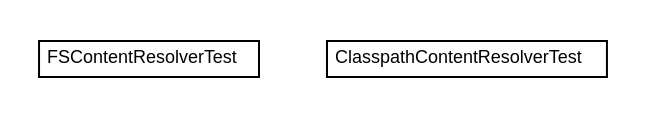
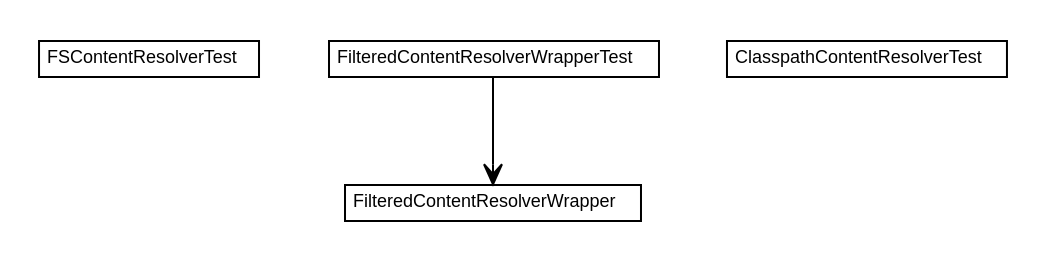
Before and after one commit to brabenetz/settings4j: the diagram in archiv/2.1-SNAPSHOT/testapidocs/org/settings4j/contentresolver/org.settings4j.contentresolver.dot, drawn with Graphviz. The commit also changed 628 other files, not shown here.

```diff
--- a/archiv/2.1-SNAPSHOT/testapidocs/org/settings4j/contentresolver/org.settings4j.contentresolver.dot
+++ b/archiv/2.1-SNAPSHOT/testapidocs/org/settings4j/contentresolver/org.settings4j.contentresolver.dot
@@ -1,24 +1,38 @@
 #!/usr/local/bin/dot
 #
 # Class diagram 
-# Generated by UMLGraph version R5_6 (http://www.umlgraph.org/)
+# Generated by UMLGraph version R5_6-24-gf6e263 (http://www.umlgraph.org/)
 #
 
 digraph G {
 	edge [fontname="arial",fontsize=10,labelfontname="arial",labelfontsize=10];
 	node [fontname="arial",fontsize=10,shape=plaintext];
 	nodesep=0.25;
 	ranksep=0.5;
 	// org.settings4j.contentresolver.FSContentResolverTest
-	c88 [label=<<table title="org.settings4j.contentresolver.FSContentResolverTest" border="0" cellborder="1" cellspacing="0" cellpadding="2" port="p" href="./FSContentResolverTest.html">
+	c114 [label=<<table title="org.settings4j.contentresolver.FSContentResolverTest" border="0" cellborder="1" cellspacing="0" cellpadding="2" port="p" href="./FSContentResolverTest.html">
 		<tr><td><table border="0" cellspacing="0" cellpadding="1">
 <tr><td align="center" balign="center"> FSContentResolverTest </td></tr>
 		</table></td></tr>
 		</table>>, URL="./FSContentResolverTest.html", fontname="arial", fontcolor="black", fontsize=9.0];
+	// org.settings4j.contentresolver.FilteredContentResolverWrapperTest
+	c115 [label=<<table title="org.settings4j.contentresolver.FilteredContentResolverWrapperTest" border="0" cellborder="1" cellspacing="0" cellpadding="2" port="p" href="./FilteredContentResolverWrapperTest.html">
+		<tr><td><table border="0" cellspacing="0" cellpadding="1">
+<tr><td align="center" balign="center"> FilteredContentResolverWrapperTest </td></tr>
+		</table></td></tr>
+		</table>>, URL="./FilteredContentResolverWrapperTest.html", fontname="arial", fontcolor="black", fontsize=9.0];
 	// org.settings4j.contentresolver.ClasspathContentResolverTest
-	c89 [label=<<table title="org.settings4j.contentresolver.ClasspathContentResolverTest" border="0" cellborder="1" cellspacing="0" cellpadding="2" port="p" href="./ClasspathContentResolverTest.html">
+	c116 [label=<<table title="org.settings4j.contentresolver.ClasspathContentResolverTest" border="0" cellborder="1" cellspacing="0" cellpadding="2" port="p" href="./ClasspathContentResolverTest.html">
 		<tr><td><table border="0" cellspacing="0" cellpadding="1">
 <tr><td align="center" balign="center"> ClasspathContentResolverTest </td></tr>
 		</table></td></tr>
 		</table>>, URL="./ClasspathContentResolverTest.html", fontname="arial", fontcolor="black", fontsize=9.0];
+	// org.settings4j.contentresolver.FilteredContentResolverWrapperTest NAVASSOC org.settings4j.contentresolver.FilteredContentResolverWrapper
+	c115:p -> c132:p [taillabel="", label="", headlabel="", fontname="arial", fontcolor="black", fontsize=10.0, color="black", arrowhead=open];
+	// org.settings4j.contentresolver.FilteredContentResolverWrapper
+	c132 [label=<<table title="org.settings4j.contentresolver.FilteredContentResolverWrapper" border="0" cellborder="1" cellspacing="0" cellpadding="2" port="p">
+		<tr><td><table border="0" cellspacing="0" cellpadding="1">
+<tr><td align="center" balign="center"> FilteredContentResolverWrapper </td></tr>
+		</table></td></tr>
+		</table>>, URL="null", fontname="arial", fontcolor="black", fontsize=9.0];
 }
```
